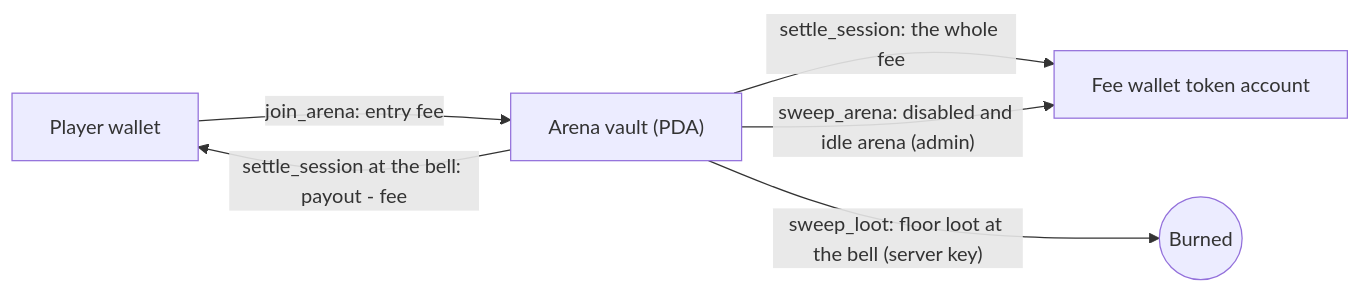
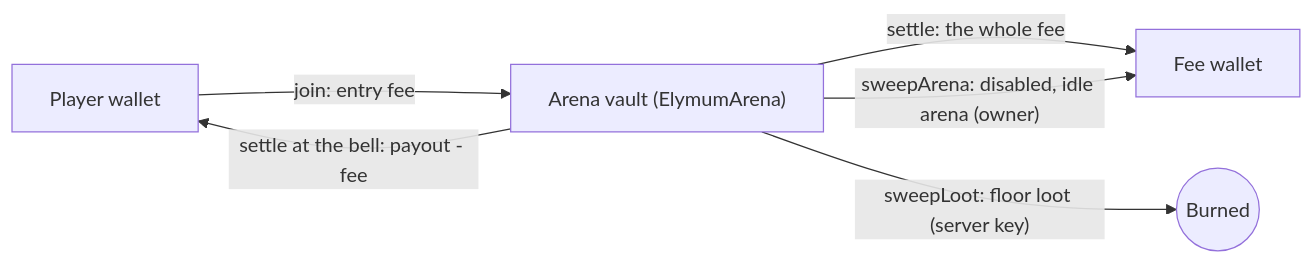
The diagram in docs/PROJECT.md (furkan3152/Solagel), drawn with Mermaid before and after one commit. The commit also changed other lines of this file and 71 other files, not shown here.

````diff
--- a/docs/PROJECT.md
+++ b/docs/PROJECT.md
@@ -130,8 +124,8 @@
 ```mermaid
 flowchart LR
-  P["Player wallet"] -- "join_arena: entry fee" --> AV["Arena vault (PDA)"]
-  AV -- "settle_session at the bell: payout - fee" --> P
-  AV -- "settle_session: the whole fee" --> FW["Fee wallet token account"]
-  AV -- "sweep_loot: floor loot at the bell (server key)" --> B(("Burned"))
-  AV -- "sweep_arena: disabled and idle arena (admin)" --> FW
+  P["Player wallet"] -- "join: entry fee" --> V["Arena vault (ElymumArena)"]
+  V -- "settle at the bell: payout - fee" --> P
+  V -- "settle: the whole fee" --> F["Fee wallet"]
+  V -- "sweepLoot: floor loot (server key)" --> B(("Burned"))
+  V -- "sweepArena: disabled, idle arena (owner)" --> F
 ```
````
